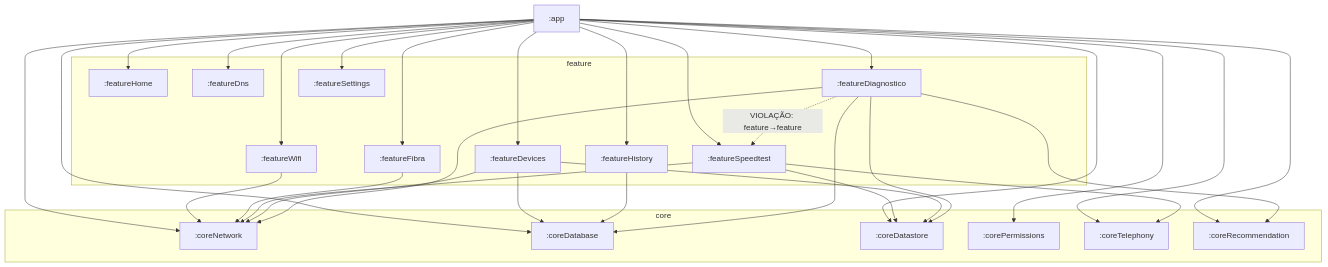
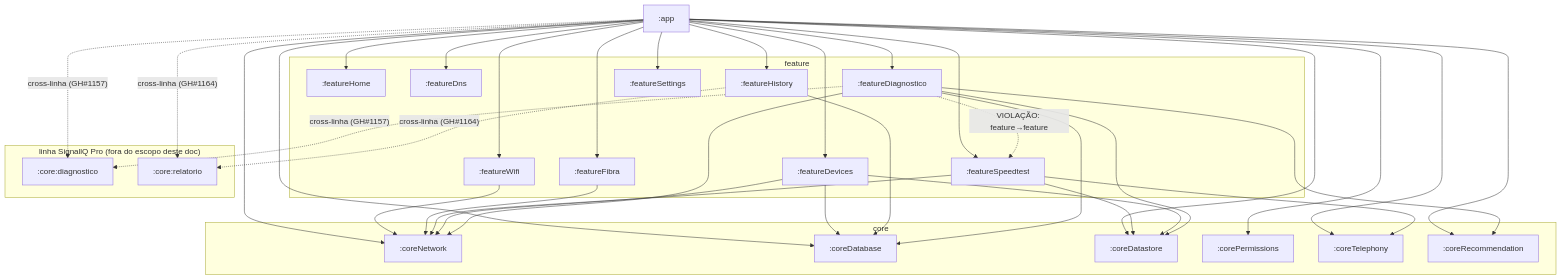
The diagram in docs_ai/ARQUITETURA/README.md (7ALabs/SignallQ), drawn with Mermaid before and after one commit. The commit also changed other lines of this file and 145 other files, not shown here.

````diff
--- a/docs_ai/ARQUITETURA/README.md
+++ b/docs_ai/ARQUITETURA/README.md
@@ -115,56 +126,65 @@
 ```mermaid
 graph TD
     APP[":app"]
 
     subgraph core
         coreNetwork[":coreNetwork"]
         coreDatabase[":coreDatabase"]
         coreDatastore[":coreDatastore"]
         corePermissions[":corePermissions"]
         coreTelephony[":coreTelephony"]
         coreRecommendation[":coreRecommendation"]
     end
 
     subgraph feature
         featureHome[":featureHome"]
         featureWifi[":featureWifi"]
         featureDevices[":featureDevices"]
         featureDns[":featureDns"]
         featureSpeedtest[":featureSpeedtest"]
         featureDiagnostico[":featureDiagnostico"]
         featureFibra[":featureFibra"]
         featureHistory[":featureHistory"]
         featureSettings[":featureSettings"]
     end
 
+    subgraph pro["linha SignallQ Pro (fora do escopo deste doc)"]
+        coreDiagnosticoPro[":core:diagnostico"]
+        coreRelatorioPro[":core:relatorio"]
+    end
+
     APP --> coreNetwork
     APP --> corePermissions
     APP --> coreDatabase
     APP --> coreDatastore
     APP --> coreTelephony
     APP --> coreRecommendation
     APP --> featureHome
     APP --> featureWifi
     APP --> featureDevices
     APP --> featureDns
     APP --> featureSpeedtest
     APP --> featureDiagnostico
     APP --> featureFibra
     APP --> featureHistory
     APP --> featureSettings
+    APP -.->|"cross-linha (GH#1157)"| coreDiagnosticoPro
+    APP -.->|"cross-linha (GH#1164)"| coreRelatorioPro
 
     featureWifi --> coreNetwork
     featureFibra --> coreNetwork
     featureSpeedtest --> coreNetwork
     featureSpeedtest --> coreDatastore
     featureSpeedtest --> coreTelephony
     featureDevices --> coreDatabase
     featureDevices --> coreDatastore
     featureDevices --> coreNetwork
     featureHistory --> coreDatabase
+    featureHistory -.->|"cross-linha (GH#1164)"| coreRelatorioPro
     featureDiagnostico --> coreDatabase
     featureDiagnostico --> coreDatastore
     featureDiagnostico --> coreNetwork
     featureDiagnostico --> coreRecommendation
+    featureDiagnostico -.->|"cross-linha (GH#1157)"| coreDiagnosticoPro
     featureDiagnostico -.->|"VIOLAÇÃO: feature→feature"| featureSpeedtest
 ```
````
